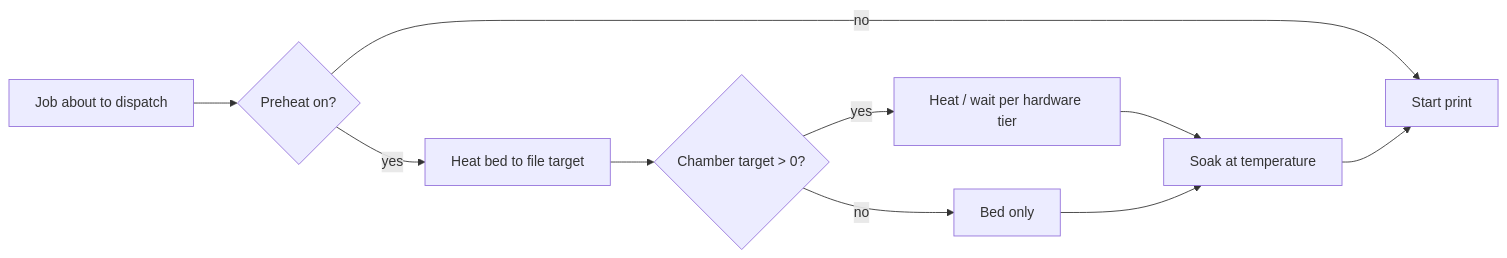
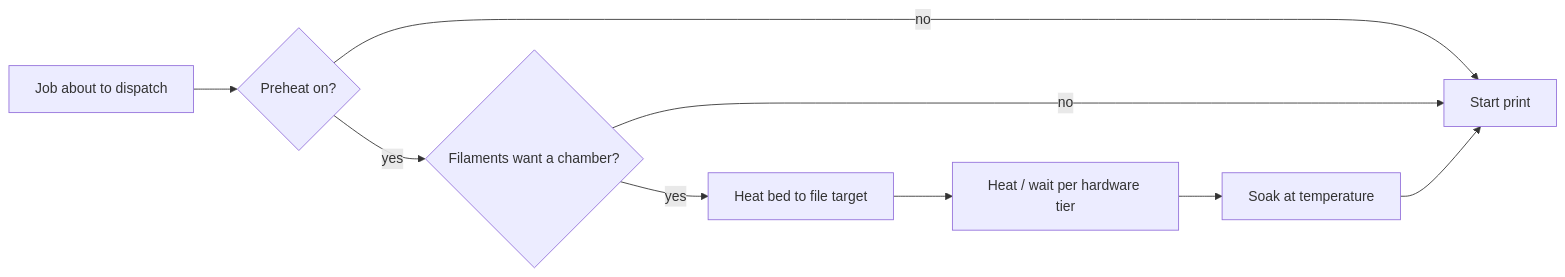
The diagram in docs/features/preheat.md (kainpl/docs.bamdude.top), drawn with Mermaid before and after one commit. The commit also changed other lines of this file and 1 other file, not shown here.

Commit message:
docs(preheat): a print whose filaments want no chamber skips preheat entirely; bed floor and external-spool lines corrected

````diff
--- a/docs/features/preheat.md
+++ b/docs/features/preheat.md
@@ -26,12 +26,11 @@
 ```mermaid
 graph LR
     A[Job about to dispatch] --> B{Preheat on?}
     B -- no --> Z[Start print]
-    B -- yes --> C[Heat bed to file target]
-    C --> D{Chamber target > 0?}
-    D -- yes --> E[Heat / wait per hardware tier]
-    D -- no --> F[Bed only]
+    B -- yes --> D{Filaments want a chamber?}
+    D -- no --> Z
+    D -- yes --> C[Heat bed to file target]
+    C --> E[Heat / wait per hardware tier]
     E --> G[Soak at temperature]
-    F --> G
     G --> Z
 ```
````
